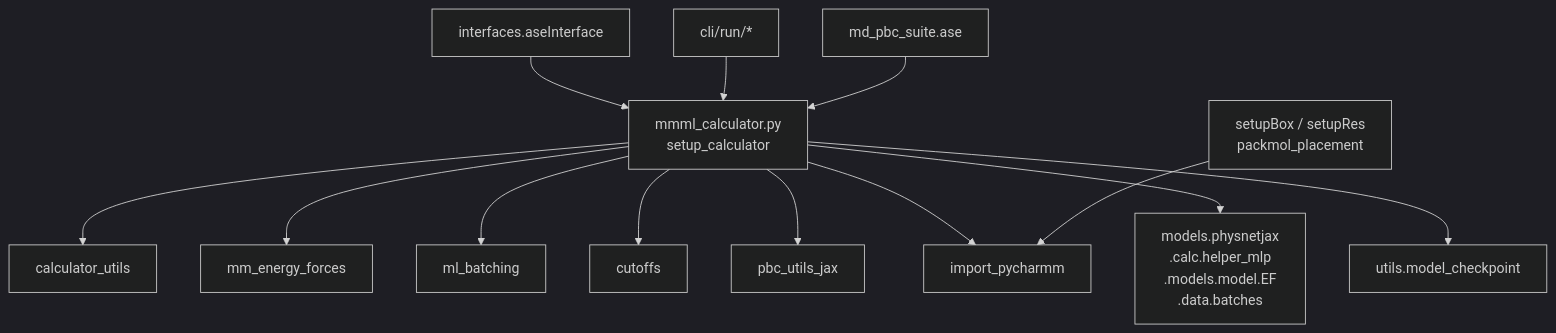
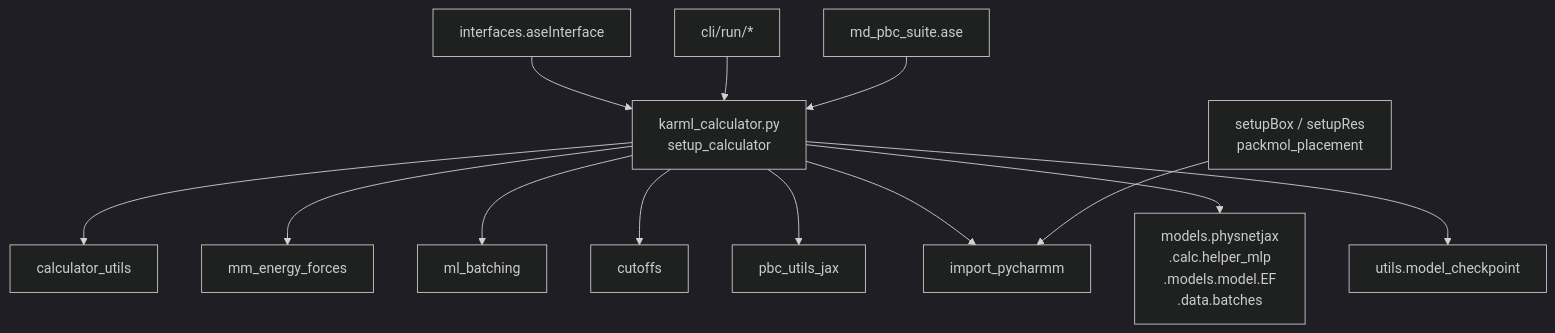
The sixth of 8 diagrams in docs/package-architecture.md (EricBoittier/mmml), drawn with Mermaid (dark theme) before and after one commit. The commit also changed other lines of this file and 2421 other files, not shown here.

First line of the commit message:
Refactor project references from MMML to KARML

````diff
--- a/docs/package-architecture.md
+++ b/docs/package-architecture.md
@@ -260,19 +260,19 @@
 ```mermaid
 flowchart TB
-  CALC["mmml_calculator.py\nsetup_calculator"]
+  CALC["karml_calculator.py\nsetup_calculator"]
 
   CALC --> CU["calculator_utils"]
   CALC --> MMEF["mm_energy_forces"]
   CALC --> MLB["ml_batching"]
   CALC --> CUT["cutoffs"]
   CALC --> PBC["pbc_utils_jax"]
   CALC --> IMP["import_pycharmm"]
 
   CALC --> PN["models.physnetjax\n.calc.helper_mlp\n.models.model.EF\n.data.batches"]
   CALC --> CKPT["utils.model_checkpoint"]
 
   SETUP["setupBox / setupRes\npackmol_placement"] --> IMP
   ASE_IF["interfaces.aseInterface"] --> CALC
   CLI_RUN["cli/run/*"] --> CALC
   PBC_ASE["md_pbc_suite.ase"] --> CALC
 ```
````
